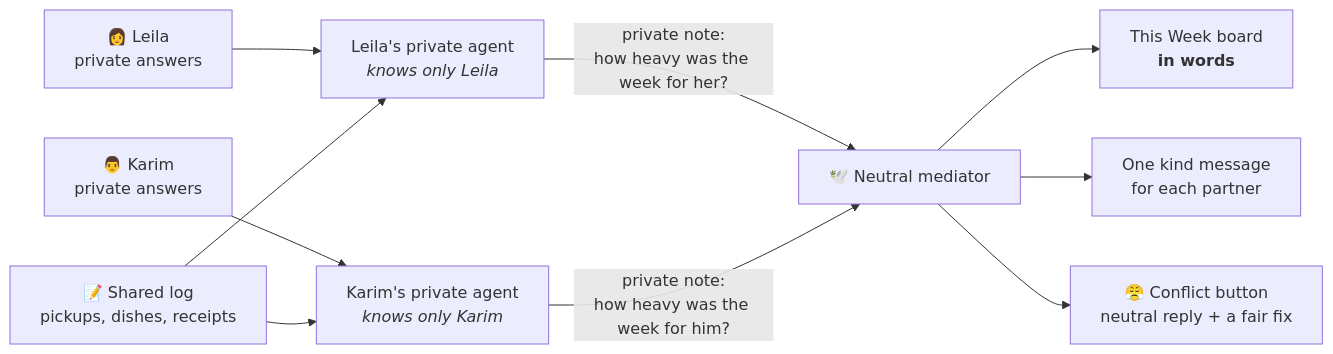
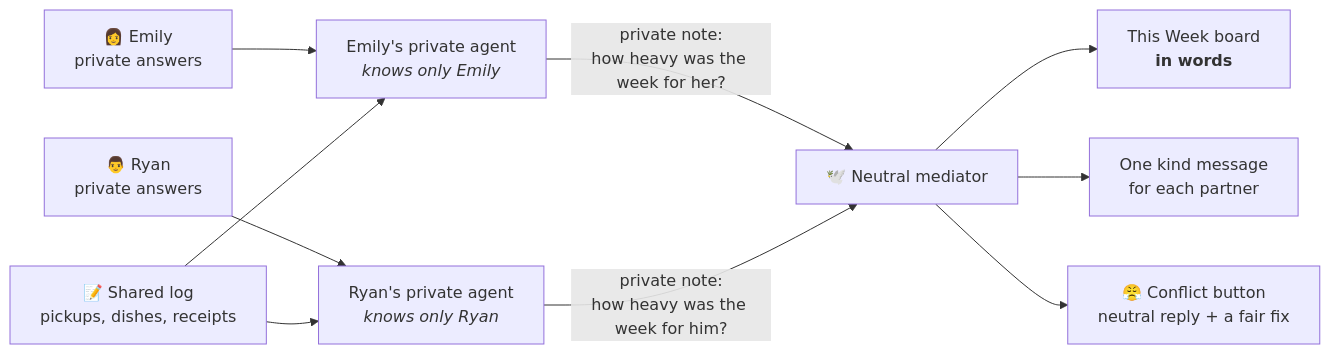
Before and after one commit to DarkModeGirl22/51-51: the diagram in README.md, drawn with Mermaid. The commit also changed other lines of this file and 13 other files, not shown here.

````diff
--- a/README.md
+++ b/README.md
@@ -54,12 +54,12 @@
 ```mermaid
 flowchart LR
-    A["👩 Leila<br/>private answers"] --> AA["Leila's private agent<br/><i>knows only Leila</i>"]
-    B["👨 Karim<br/>private answers"] --> BA["Karim's private agent<br/><i>knows only Karim</i>"]
+    A["👩 Emily<br/>private answers"] --> AA["Emily's private agent<br/><i>knows only Emily</i>"]
+    B["👨 Ryan<br/>private answers"] --> BA["Ryan's private agent<br/><i>knows only Ryan</i>"]
     L["📝 Shared log<br/>pickups, dishes, receipts"] --> AA
     L --> BA
     AA -- "private note:<br/>how heavy was the week for her?" --> M["🕊️ Neutral mediator"]
     BA -- "private note:<br/>how heavy was the week for him?" --> M
     M --> W["This Week board<br/><b>in words</b>"]
     M --> MSG["One kind message<br/>for each partner"]
     M --> C["😤 Conflict button<br/>neutral reply + a fair fix"]
 ```
````
